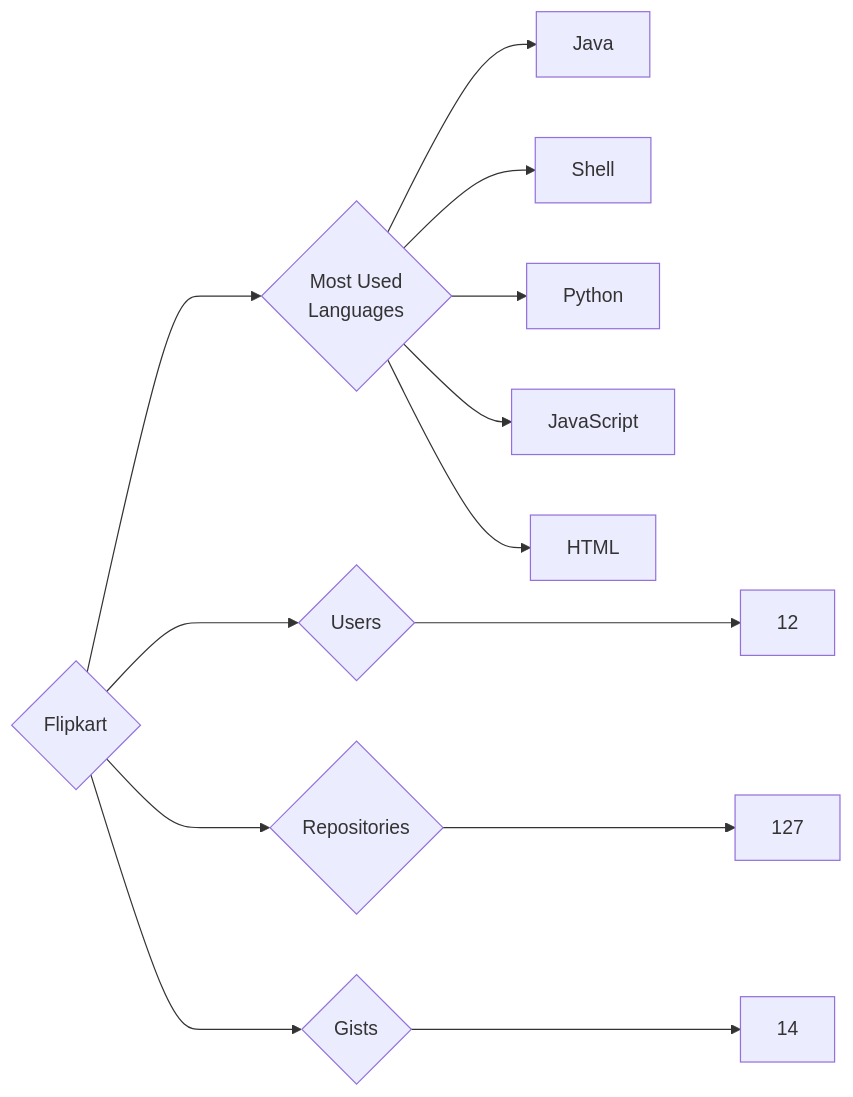
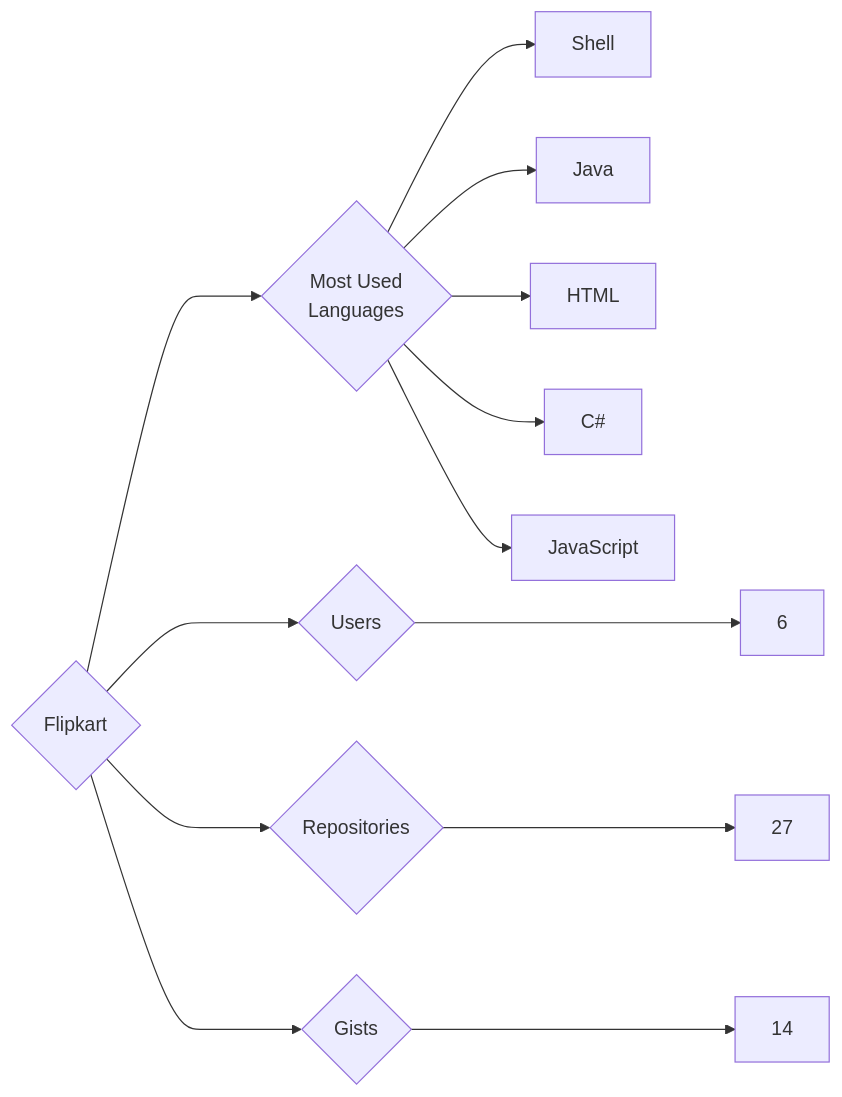
The diagram in targets/Flipkart/README.md (trickest/insiders), drawn with Mermaid before and after one commit. The commit also changed 988 other files, not shown here.

````diff
--- a/targets/Flipkart/README.md
+++ b/targets/Flipkart/README.md
@@ -3,13 +3,13 @@
 ```mermaid
 graph LR
 COMPANY_NAME{Flipkart}
-COMPANY_NAME ---> U{Users} ---> UN[12]
-COMPANY_NAME ---> R{Repositories} ---> RN[127]
+COMPANY_NAME ---> U{Users} ---> UN[6]
+COMPANY_NAME ---> R{Repositories} ---> RN[27]
 COMPANY_NAME ---> G{Gists} ---> GN[14]
 COMPANY_NAME ---> ML{Most Used<br>Languages}
+ML --> Shell[Shell]
 ML --> Java[Java]
-ML --> Shell[Shell]
-ML --> Python[Python]
+ML --> HTML[HTML]
+ML --> C#[C#]
 ML --> JavaScript[JavaScript]
-ML --> HTML[HTML]
 ```
````
